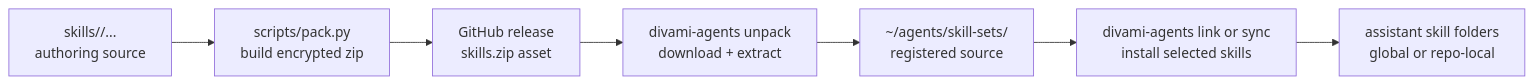
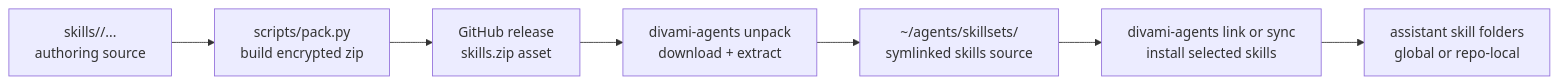
One commit to yeshwanth-divami/divami-agents changed the diagram in handbook/ops.md. Above: the diagram before and after it, drawn with Mermaid. The commit also changed other lines of this file and 6 other files, not shown here.

````diff
--- a/handbook/ops.md
+++ b/handbook/ops.md
@@ -9,9 +9,9 @@
 ```mermaid
 flowchart LR
     A["skills/<skill>/...<br/>authoring source"] --> B["scripts/pack.py<br/>build encrypted zip"]
     B --> C["GitHub release<br/>skills.zip asset"]
     C --> D["divami-agents unpack<br/>download + extract"]
-    D --> E["~/agents/skill-sets/<set><br/>registered source"]
+    D --> E["~/agents/skillsets/<repo><br/>symlinked skills source"]
     E --> F["divami-agents link or sync<br/>install selected skills"]
     F --> G["assistant skill folders<br/>global or repo-local"]
 ```
````
